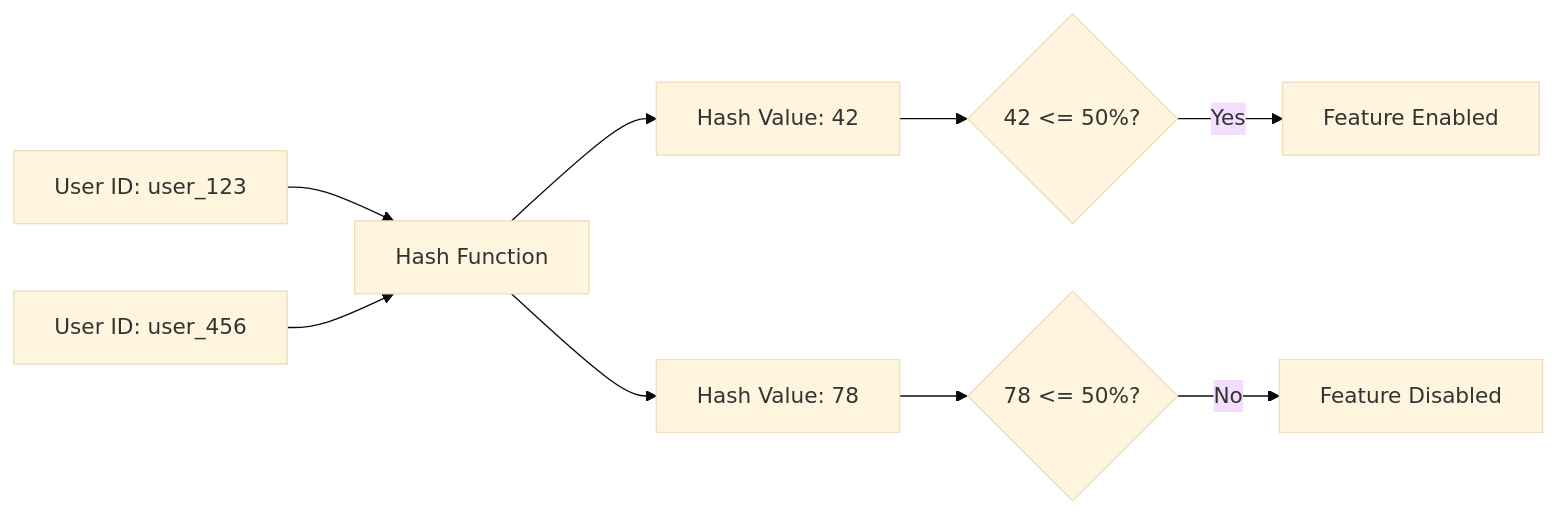
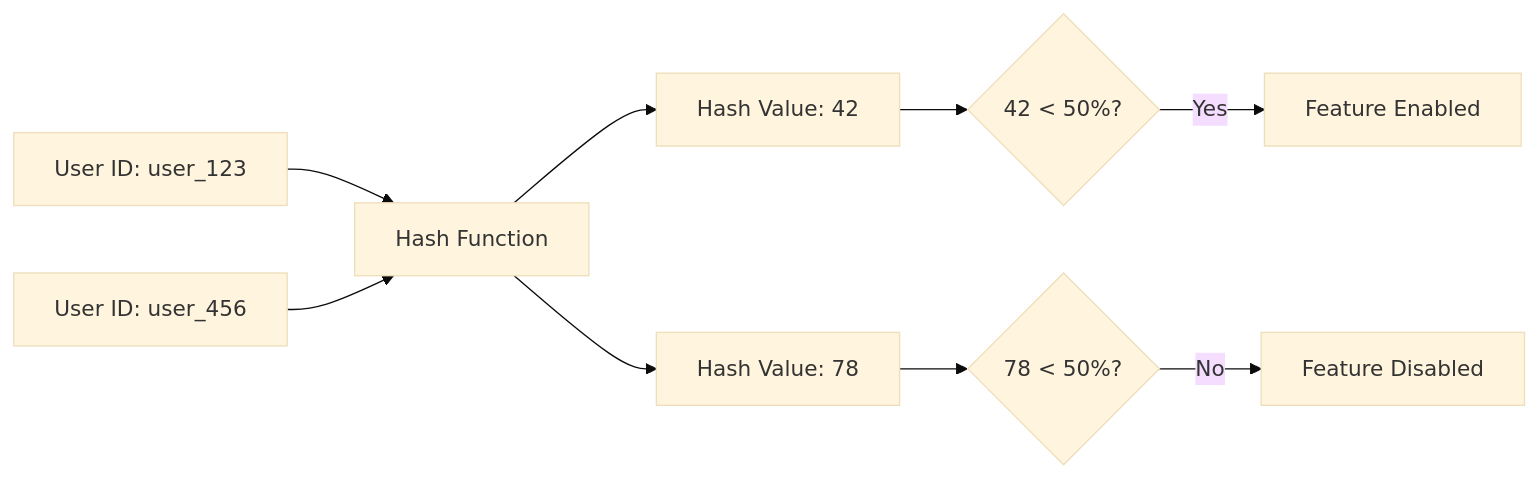
One commit to OneUptime/blog changed the second of 7 diagrams in posts/2026-01-30-percentage-rollout-flags/README.md. Above: the diagram before and after it, drawn with Mermaid (base theme). The commit also changed other lines of this file and 2 other files, not shown here.

````diff
--- a/posts/2026-01-30-percentage-rollout-flags/README.md
+++ b/posts/2026-01-30-percentage-rollout-flags/README.md
@@ -49,12 +49,12 @@
 ```mermaid
 flowchart LR
     A[User ID: user_123] --> B[Hash Function]
     B --> C[Hash Value: 42]
-    C --> D{42 <= 50%?}
+    C --> D{42 < 50%?}
     D -->|Yes| E[Feature Enabled]
 
     F[User ID: user_456] --> B
     B --> G[Hash Value: 78]
-    G --> H{78 <= 50%?}
+    G --> H{78 < 50%?}
     H -->|No| I[Feature Disabled]
 ```
````
